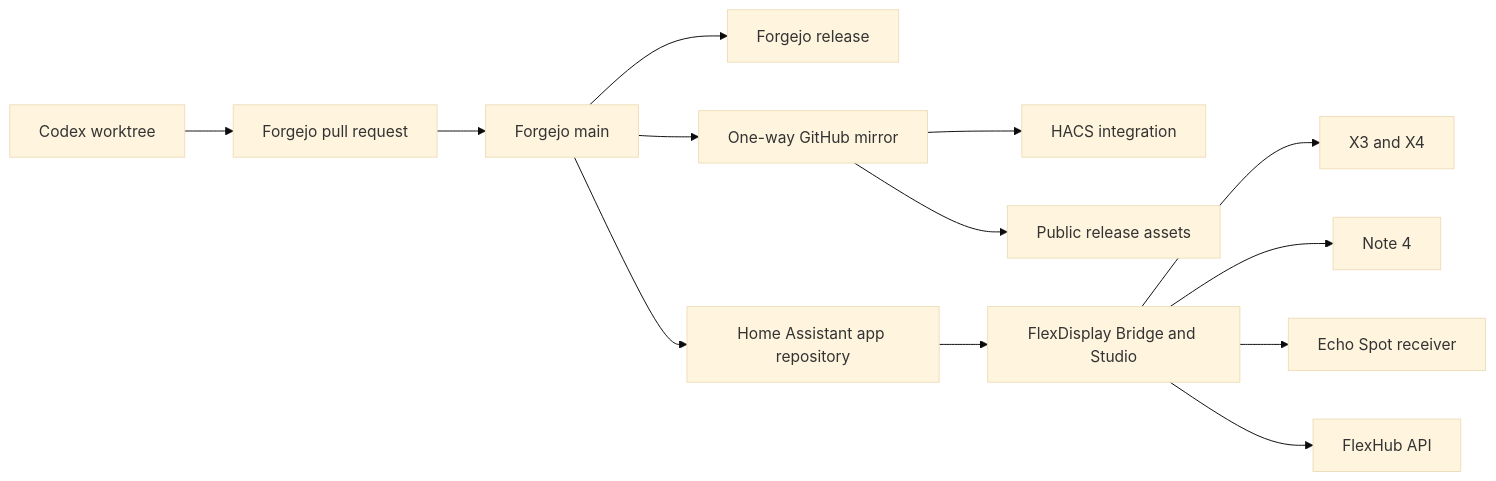
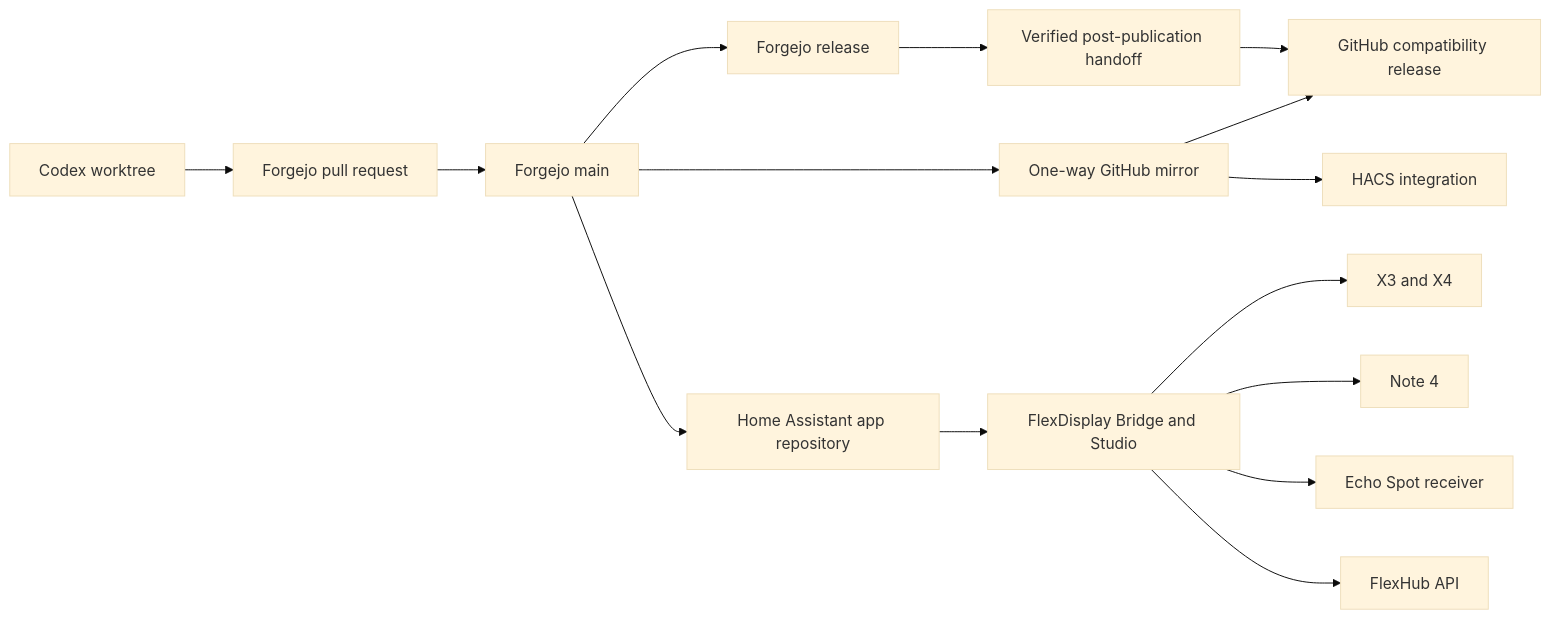
Before and after one commit to clintonmarshall/xteink-flexdisplay-ha: the diagram in docs/ARCHITECTURE.md, drawn with Mermaid (base theme). The commit also changed other lines of this file and 22 other files, not shown here.

````diff
--- a/docs/ARCHITECTURE.md
+++ b/docs/ARCHITECTURE.md
@@ -9,15 +9,17 @@
 ```mermaid
 flowchart LR
     C[Codex worktree] --> P[Forgejo pull request]
     P --> M[Forgejo main]
     M --> R[Forgejo release]
     M --> G[One-way GitHub mirror]
     G --> H[HACS integration]
-    G --> D[Public release assets]
+    R --> V[Verified post-publication handoff]
+    V --> D[GitHub compatibility release]
+    G --> D
     M --> A[Home Assistant app repository]
     A --> B[FlexDisplay Bridge and Studio]
     B --> X[X3 and X4]
     B --> N[Note 4]
     B --> S[Echo Spot receiver]
     B --> F[FlexHub API]
 ```
````
